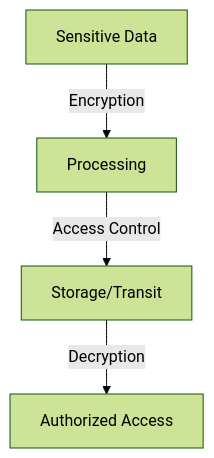
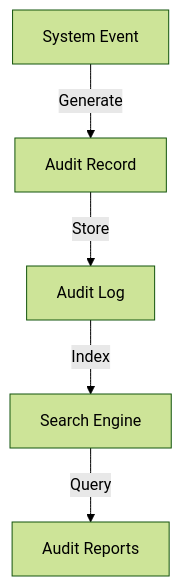
Before and after one commit to UCLH-Digital-Innovation-Hub/Xhuma: the ninth of 10 diagrams in docs/data_flow.md, drawn with Mermaid (forest theme). The commit also changed other lines of this file and 2 other files, not shown here.

````diff
--- a/docs/data_flow.md
+++ b/docs/data_flow.md
@@ -121,6 +167,7 @@
 ```mermaid
 flowchart TD
-    A[Sensitive Data] -->|Encryption| B[Processing]
-    B -->|Access Control| C[Storage/Transit]
-    C -->|Decryption| D[Authorized Access]
+    A[System Event] -->|Generate| B[Audit Record]
+    B -->|Store| C[Audit Log]
+    C -->|Index| D[Search Engine]
+    D -->|Query| E[Audit Reports]
 ```
````
